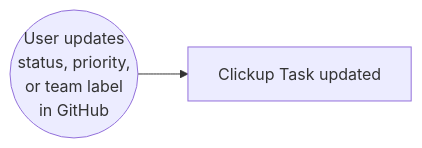
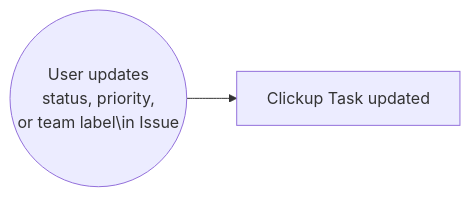
One commit to chingu-x/minervabot changed the second of 2 diagrams in README.md. Above: the diagram before and after it, drawn with Mermaid.

Commit message:
Feature: Add operation diagram

````diff
--- a/README.md
+++ b/README.md
@@ -46,4 +46,4 @@
 ```mermaid
 graph LR
-    A(("User updates\nstatus, priority,\nor team label\nin GitHub")) --> B["Clickup Task updated"]
+    A(("User updates\nstatus, priority,\nor team label\in Issue")) --> B["Clickup Task updated"]
 ```
````
